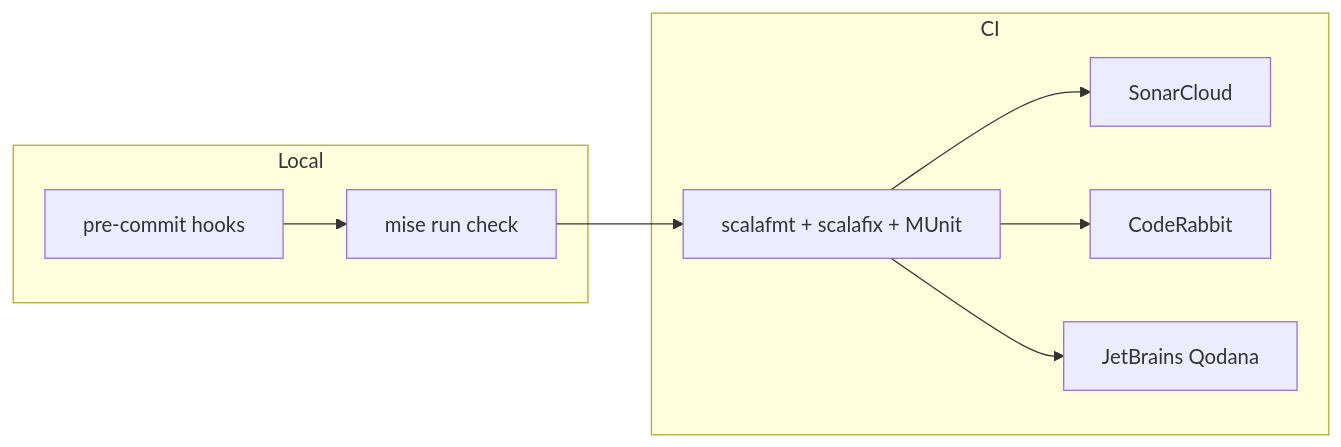
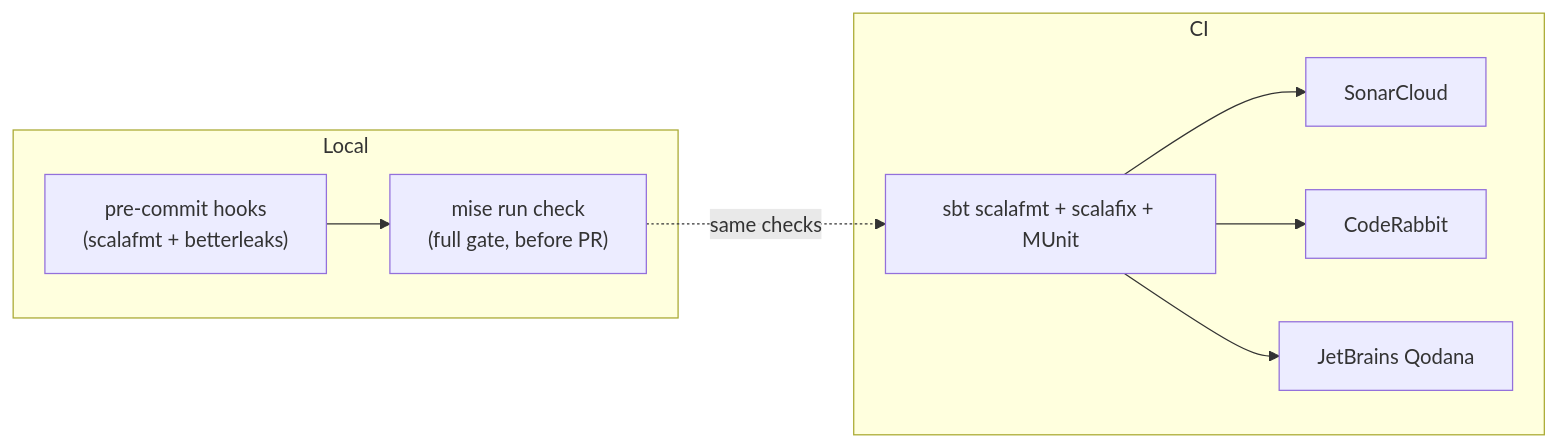
One commit to rabestro/dicechess-engine-scala changed the diagram in docs/src/content/docs/architecture/code-reviews.md. Above: the diagram before and after it, drawn with Mermaid. The commit also changed other lines of this file and 3 other files, not shown here.

````diff
--- a/docs/src/content/docs/architecture/code-reviews.md
+++ b/docs/src/content/docs/architecture/code-reviews.md
@@ -14,12 +14,12 @@
 ```mermaid
 graph LR
     subgraph Local
-        A["pre-commit hooks"] --> B["mise run check"]
+        A["pre-commit hooks<br/>(scalafmt + betterleaks)"] --> B["mise run check<br/>(full gate, before PR)"]
     end
     subgraph CI
-        B --> C["scalafmt + scalafix + MUnit"]
-        C --> D["SonarCloud"]
+        C["sbt scalafmt + scalafix + MUnit"] --> D["SonarCloud"]
         C --> E["CodeRabbit"]
         C --> F["JetBrains Qodana"]
     end
+    B -.->|same checks| C
 ```
````
